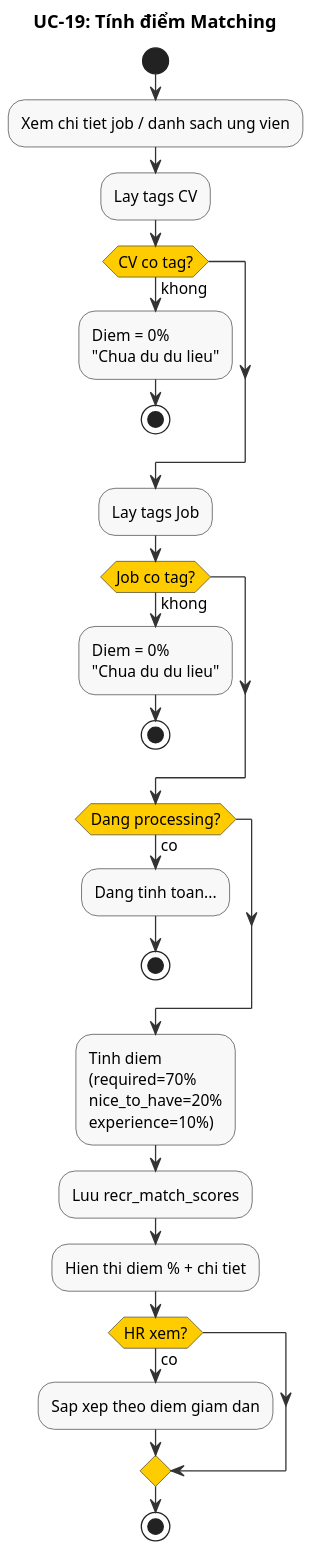
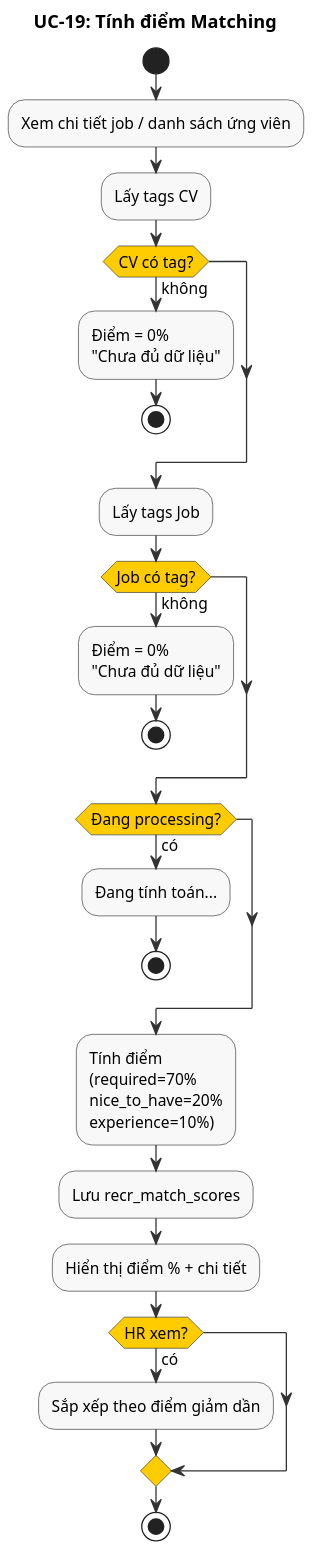
One commit to namnh240795/document changed the diagram in modules/recr/diagrams/activity/uc19-matching-score-activity.puml. Above: the diagram before and after it, drawn with PlantUML. The commit also changed 25 other files, not shown here.

```diff
--- a/modules/recr/diagrams/activity/uc19-matching-score-activity.puml
+++ b/modules/recr/diagrams/activity/uc19-matching-score-activity.puml
@@ -1,52 +1,52 @@
 @startuml
 ' UC-19: Tính điểm Matching - Sơ đồ Hoạt động
 skinparam dpi 150
 skinparam defaultFontSize 12
 skinparam nodesep 15
 skinparam ranksep 15
 skinparam activity {
   BackgroundColor #F8F8F8
   BorderColor #333333
   ArrowColor #333333
   DiamondBackgroundColor #FFCC00
   DiamondBorderColor #333333
 }
 
 title UC-19: Tính điểm Matching
 
 start
 
-:Xem chi tiet job / danh sach ung vien;
+:Xem chi tiết job / danh sách ứng viên;
 
-:Lay tags CV;
+:Lấy tags CV;
 
-if (CV co tag?) then (khong)
-  :Diem = 0%\n"Chua du du lieu";
+if (CV có tag?) then (không)
+  :Điểm = 0%\n"Chưa đủ dữ liệu";
   stop
 endif
 
-:Lay tags Job;
+:Lấy tags Job;
 
-if (Job co tag?) then (khong)
-  :Diem = 0%\n"Chua du du lieu";
+if (Job có tag?) then (không)
+  :Điểm = 0%\n"Chưa đủ dữ liệu";
   stop
 endif
 
-if (Dang processing?) then (co)
-  :Dang tinh toan...;
+if (Đang processing?) then (có)
+  :Đang tính toán...;
   stop
 endif
 
-:Tinh diem\n(required=70%\nnice_to_have=20%\nexperience=10%);
+:Tính điểm\n(required=70%\nnice_to_have=20%\nexperience=10%);
 
-:Luu recr_match_scores;
+:Lưu recr_match_scores;
 
-:Hien thi diem % + chi tiet;
+:Hiển thị điểm % + chi tiết;
 
-if (HR xem?) then (co)
-  :Sap xep theo diem giam dan;
+if (HR xem?) then (có)
+  :Sắp xếp theo điểm giảm dần;
 endif
 
 stop
 
 @enduml
```
